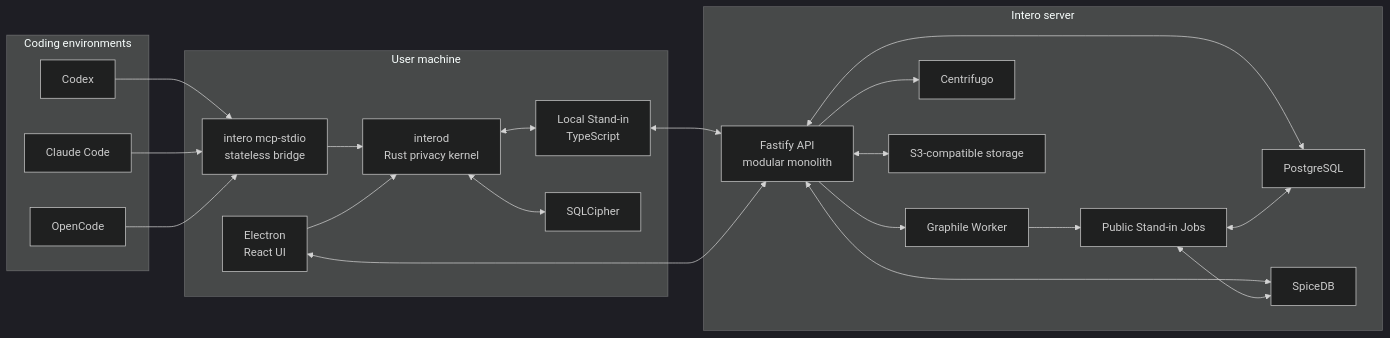
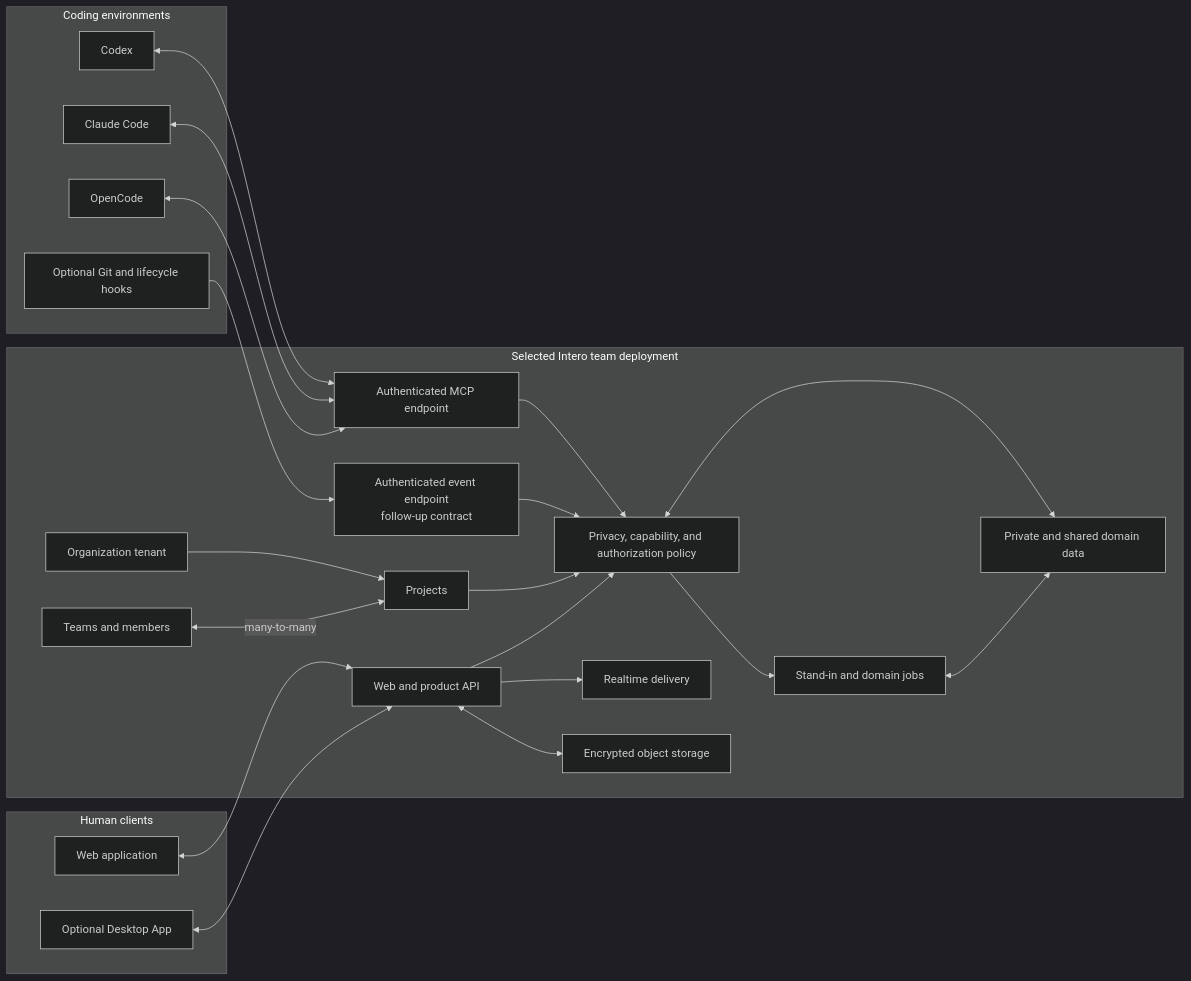
One commit to WatsonHS/intero changed the diagram in docs/ARCHITECTURE.md. Above: the diagram before and after it, drawn with Mermaid (dark theme). The commit also changed other lines of this file and 13 other files, not shown here.

````diff
--- a/docs/ARCHITECTURE.md
+++ b/docs/ARCHITECTURE.md
@@ -26,44 +66,46 @@
 ```mermaid
 flowchart LR
     subgraph Coding["Coding environments"]
         Codex["Codex"]
         Claude["Claude Code"]
         OpenCode["OpenCode"]
+        Hooks["Optional Git and lifecycle hooks"]
     end
 
-    subgraph Desktop["User machine"]
-        Electron["Electron<br/>React UI"]
-        Bridge["intero mcp-stdio<br/>stateless bridge"]
-        Daemon["interod<br/>Rust privacy kernel"]
-        LocalRep["Local Stand-in<br/>TypeScript"]
-        LocalDB["SQLCipher"]
+    subgraph Clients["Human clients"]
+        Web["Web application"]
+        Desktop["Optional Desktop App"]
     end
 
-    subgraph Server["Intero server"]
-        API["Fastify API<br/>modular monolith"]
-        Worker["Graphile Worker"]
-        PublicRep["Public Stand-in Jobs"]
-        Realtime["Centrifugo"]
-        PG["PostgreSQL"]
-        Spice["SpiceDB"]
-        Objects["S3-compatible storage"]
+    subgraph Cloud["Selected Intero team deployment"]
+        MCP["Authenticated MCP endpoint"]
+        EventIngress["Authenticated event endpoint<br/>follow-up contract"]
+        API["Web and product API"]
+        Worker["Stand-in and domain jobs"]
+        Policy["Privacy, capability, and authorization policy"]
+        Data["Private and shared domain data"]
+        Realtime["Realtime delivery"]
+        Objects["Encrypted object storage"]
+        Organization["Organization tenant"]
+        Team["Teams and members"]
+        Project["Projects"]
     end
 
-    Codex --> Bridge
-    Claude --> Bridge
-    OpenCode --> Bridge
-    Bridge --> Daemon
-    Electron --> Daemon
-    Daemon <--> LocalRep
-    Daemon <--> LocalDB
-    LocalRep <--> API
-    Electron <--> API
-    API <--> PG
-    API <--> Spice
+    Codex <--> MCP
+    Claude <--> MCP
+    OpenCode <--> MCP
+    Hooks --> EventIngress
+    Web <--> API
+    Desktop <--> API
+    MCP --> Policy
+    EventIngress --> Policy
+    API --> Policy
+    Policy <--> Data
+    Policy --> Worker
+    Worker <--> Data
+    API --> Realtime
     API <--> Objects
-    API --> Realtime
-    API --> Worker
-    Worker --> PublicRep
-    PublicRep <--> PG
-    PublicRep <--> Spice
+    Organization --> Project
+    Team <-->|"many-to-many"| Project
+    Project --> Policy
 ```
````
